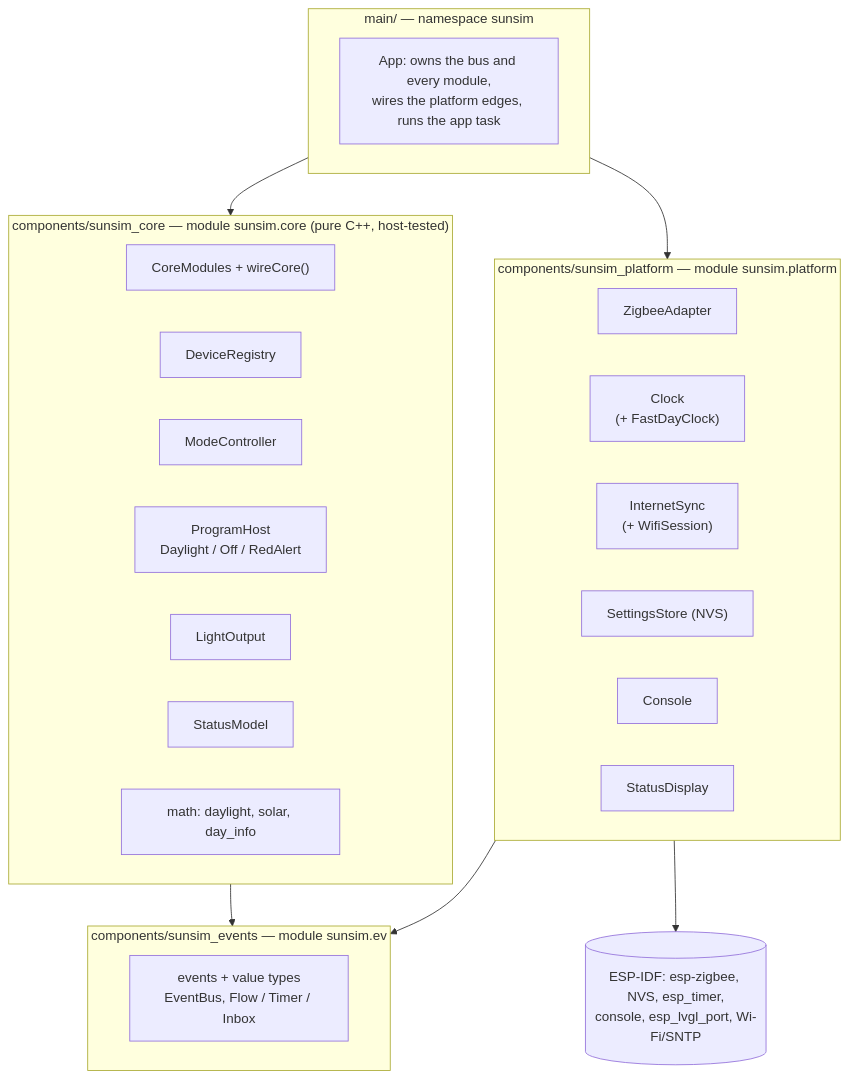
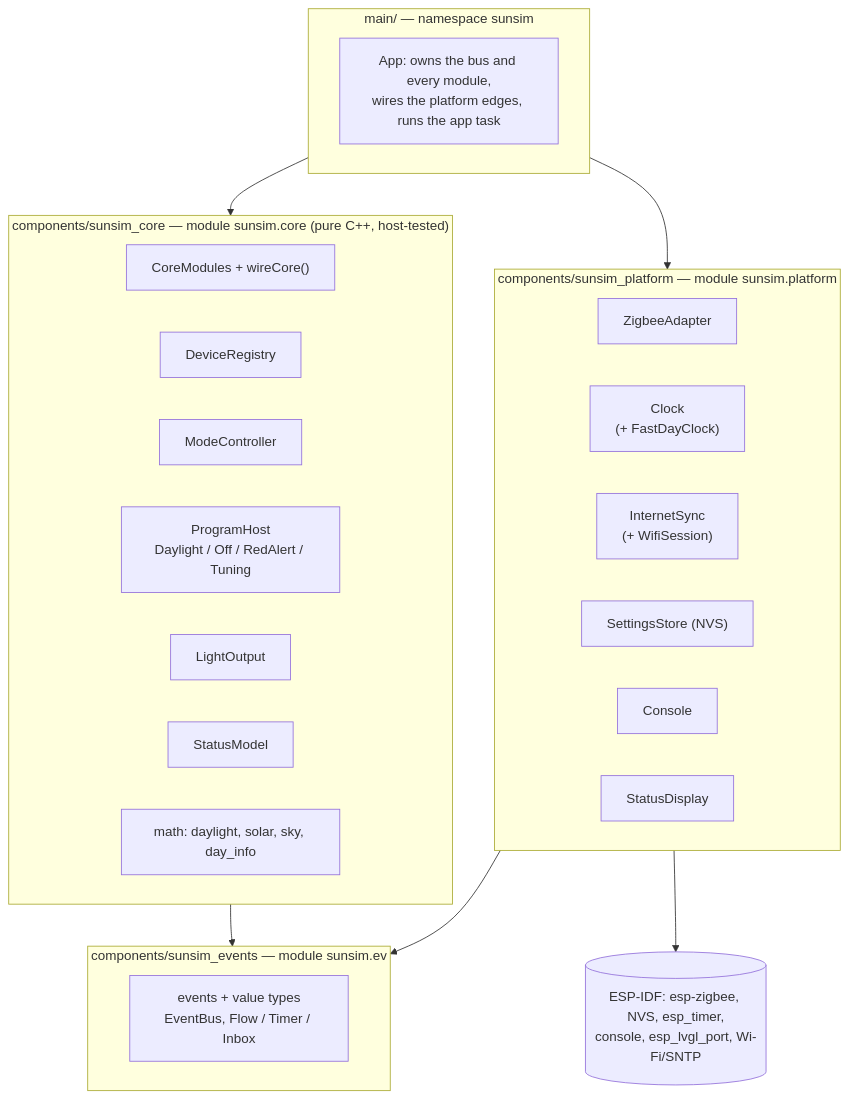
One commit to bjerre/sunsim changed the first of 10 diagrams in ARCHITECTURE.md. Above: the diagram before and after it, drawn with Mermaid. The commit also changed other lines of this file and 22 other files, not shown here.

````diff
--- a/ARCHITECTURE.md
+++ b/ARCHITECTURE.md
@@ -27,32 +27,32 @@
 ```mermaid
 flowchart TB
     subgraph app["main/ — namespace sunsim"]
         App["App: owns the bus and every module,<br/>wires the platform edges, runs the app task"]
     end
     subgraph platform["components/sunsim_platform — module sunsim.platform"]
         ZA[ZigbeeAdapter]
         CK["Clock<br/>(+ FastDayClock)"]
         IS["InternetSync<br/>(+ WifiSession)"]
         ST["SettingsStore (NVS)"]
         CO[Console]
         DI[StatusDisplay]
     end
     subgraph core["components/sunsim_core — module sunsim.core (pure C++, host-tested)"]
         CM["CoreModules + wireCore()"]
         DR[DeviceRegistry]
         MC[ModeController]
-        PH["ProgramHost<br/>Daylight / Off / RedAlert"]
+        PH["ProgramHost<br/>Daylight / Off / RedAlert / Tuning"]
         LO[LightOutput]
         SM[StatusModel]
-        MA["math: daylight, solar, day_info"]
+        MA["math: daylight, solar, sky, day_info"]
     end
     subgraph events["components/sunsim_events — module sunsim.ev"]
         EV["events + value types<br/>EventBus, Flow / Timer / Inbox"]
     end
     IDF[("ESP-IDF: esp-zigbee, NVS, esp_timer,<br/>console, esp_lvgl_port, Wi-Fi/SNTP")]
 
     app --> platform & core
     platform --> events
     core --> events
     platform --> IDF
 ```
````
